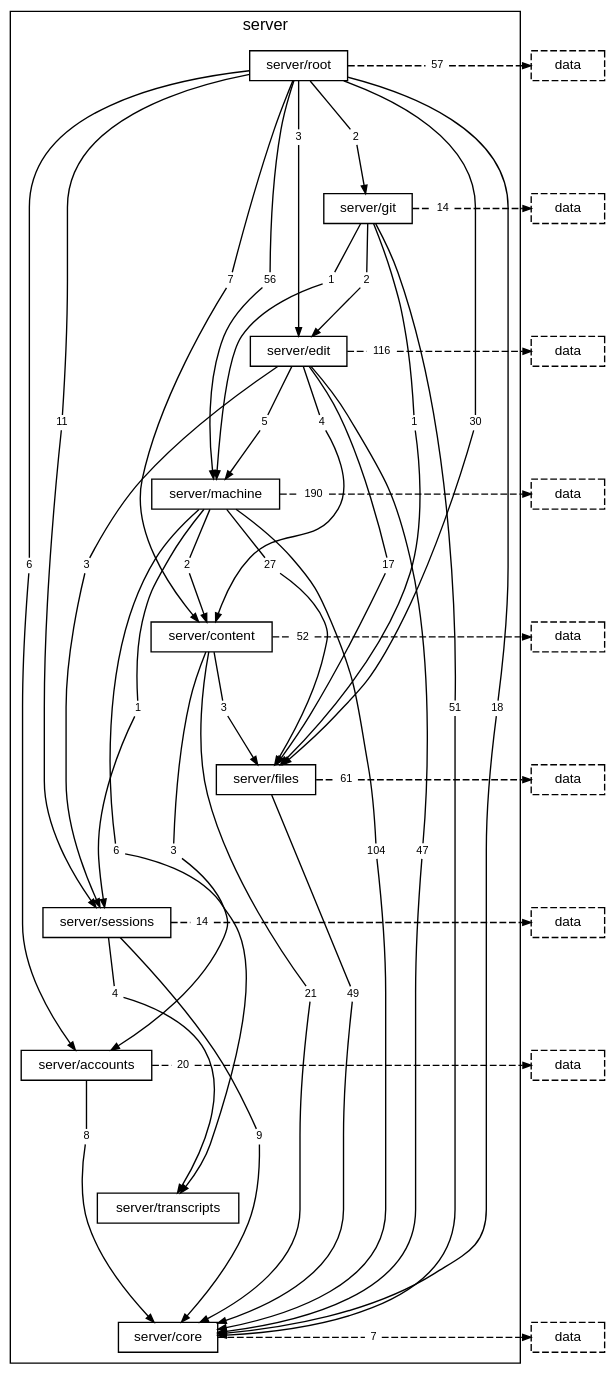
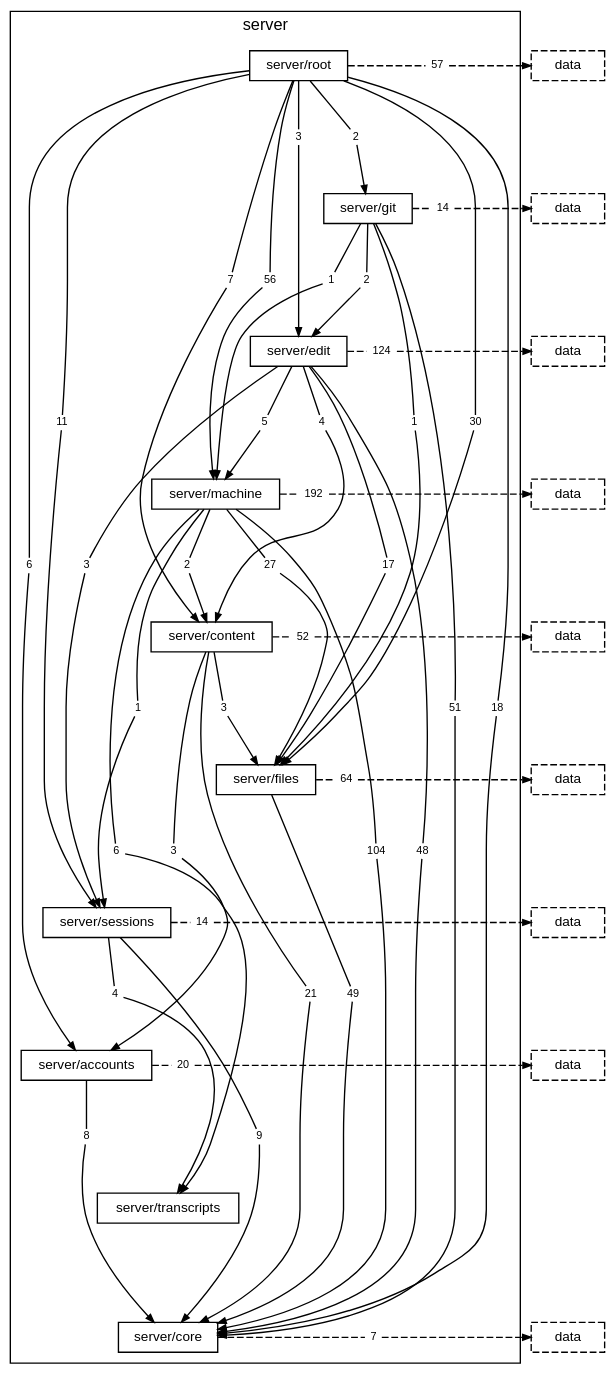
The diagram in docs/diagrams/layer-server.dot (TheAxeC/oculus), drawn with Graphviz before and after one commit. The commit also changed 152 other files, not shown here.

```diff
--- a/docs/diagrams/layer-server.dot
+++ b/docs/diagrams/layer-server.dot
@@ -29,23 +29,23 @@
         "folder server/git to folder server/machine" [label="1", shape=box, color="transparent", fontsize=8, width=0, height=0, margin="0.04,0.02"];
         "folder server/git to layer data" [label="14", shape=box, color="transparent", fontsize=8, width=0, height=0, margin="0.04,0.02"];
         "folder server/edit to folder server/content" [label="4", shape=box, color="transparent", fontsize=8, width=0, height=0, margin="0.04,0.02"];
-        "folder server/edit to folder server/core" [label="47", shape=box, color="transparent", fontsize=8, width=0, height=0, margin="0.04,0.02"];
+        "folder server/edit to folder server/core" [label="48", shape=box, color="transparent", fontsize=8, width=0, height=0, margin="0.04,0.02"];
         "folder server/edit to folder server/files" [label="17", shape=box, color="transparent", fontsize=8, width=0, height=0, margin="0.04,0.02"];
         "folder server/edit to folder server/machine" [label="5", shape=box, color="transparent", fontsize=8, width=0, height=0, margin="0.04,0.02"];
         "folder server/edit to folder server/sessions" [label="3", shape=box, color="transparent", fontsize=8, width=0, height=0, margin="0.04,0.02"];
-        "folder server/edit to layer data" [label="116", shape=box, color="transparent", fontsize=8, width=0, height=0, margin="0.04,0.02"];
+        "folder server/edit to layer data" [label="124", shape=box, color="transparent", fontsize=8, width=0, height=0, margin="0.04,0.02"];
         "folder server/machine to folder server/content" [label="2", shape=box, color="transparent", fontsize=8, width=0, height=0, margin="0.04,0.02"];
         "folder server/machine to folder server/core" [label="104", shape=box, color="transparent", fontsize=8, width=0, height=0, margin="0.04,0.02"];
         "folder server/machine to folder server/files" [label="27", shape=box, color="transparent", fontsize=8, width=0, height=0, margin="0.04,0.02"];
         "folder server/machine to folder server/sessions" [label="1", shape=box, color="transparent", fontsize=8, width=0, height=0, margin="0.04,0.02"];
         "folder server/machine to folder server/transcripts" [label="6", shape=box, color="transparent", fontsize=8, width=0, height=0, margin="0.04,0.02"];
-        "folder server/machine to layer data" [label="190", shape=box, color="transparent", fontsize=8, width=0, height=0, margin="0.04,0.02"];
+        "folder server/machine to layer data" [label="192", shape=box, color="transparent", fontsize=8, width=0, height=0, margin="0.04,0.02"];
         "folder server/content to folder server/accounts" [label="3", shape=box, color="transparent", fontsize=8, width=0, height=0, margin="0.04,0.02"];
         "folder server/content to folder server/core" [label="21", shape=box, color="transparent", fontsize=8, width=0, height=0, margin="0.04,0.02"];
         "folder server/content to folder server/files" [label="3", shape=box, color="transparent", fontsize=8, width=0, height=0, margin="0.04,0.02"];
         "folder server/content to layer data" [label="52", shape=box, color="transparent", fontsize=8, width=0, height=0, margin="0.04,0.02"];
         "folder server/files to folder server/core" [label="49", shape=box, color="transparent", fontsize=8, width=0, height=0, margin="0.04,0.02"];
-        "folder server/files to layer data" [label="61", shape=box, color="transparent", fontsize=8, width=0, height=0, margin="0.04,0.02"];
+        "folder server/files to layer data" [label="64", shape=box, color="transparent", fontsize=8, width=0, height=0, margin="0.04,0.02"];
         "folder server/sessions to folder server/core" [label="9", shape=box, color="transparent", fontsize=8, width=0, height=0, margin="0.04,0.02"];
         "folder server/sessions to folder server/transcripts" [label="4", shape=box, color="transparent", fontsize=8, width=0, height=0, margin="0.04,0.02"];
         "folder server/sessions to layer data" [label="14", shape=box, color="transparent", fontsize=8, width=0, height=0, margin="0.04,0.02"];
```
